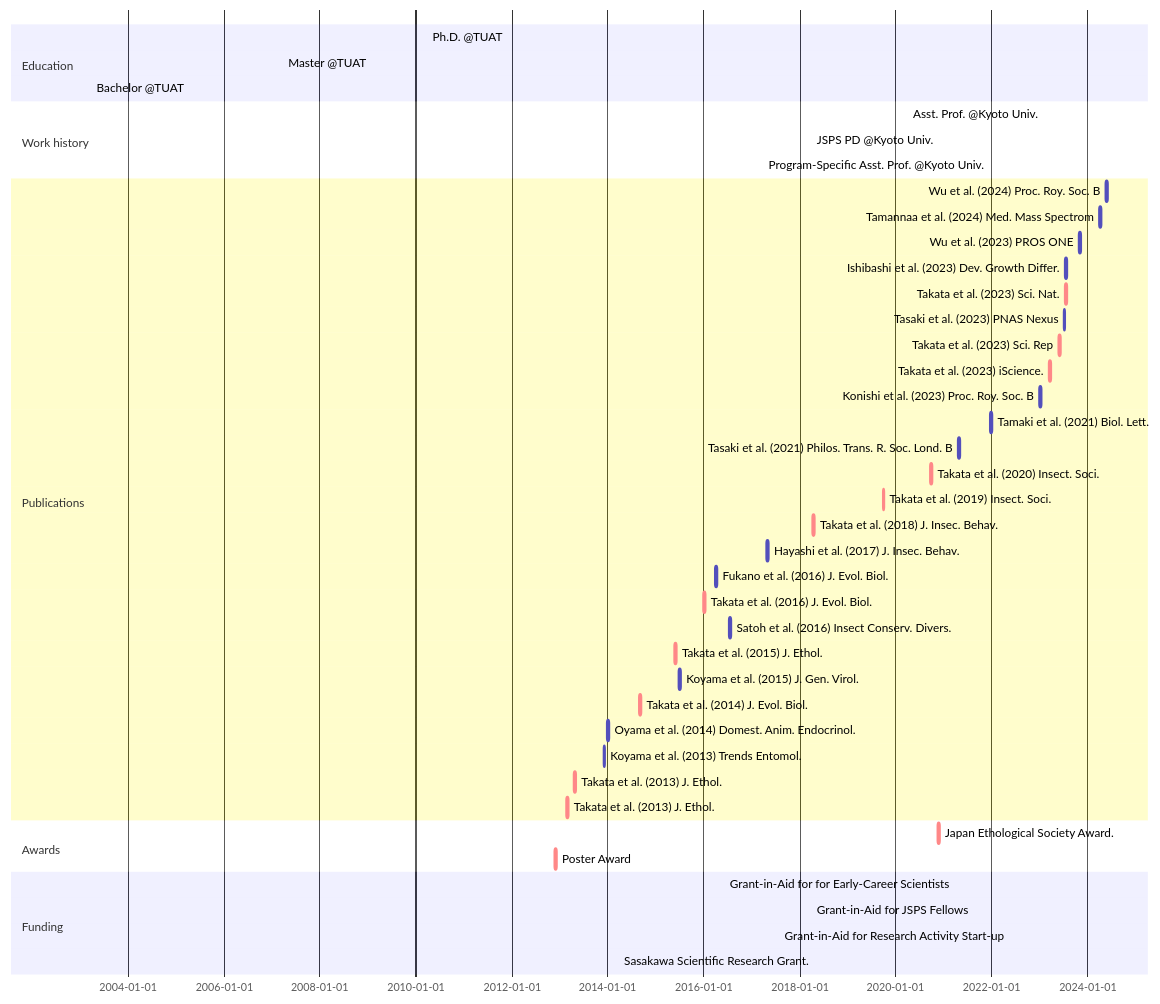
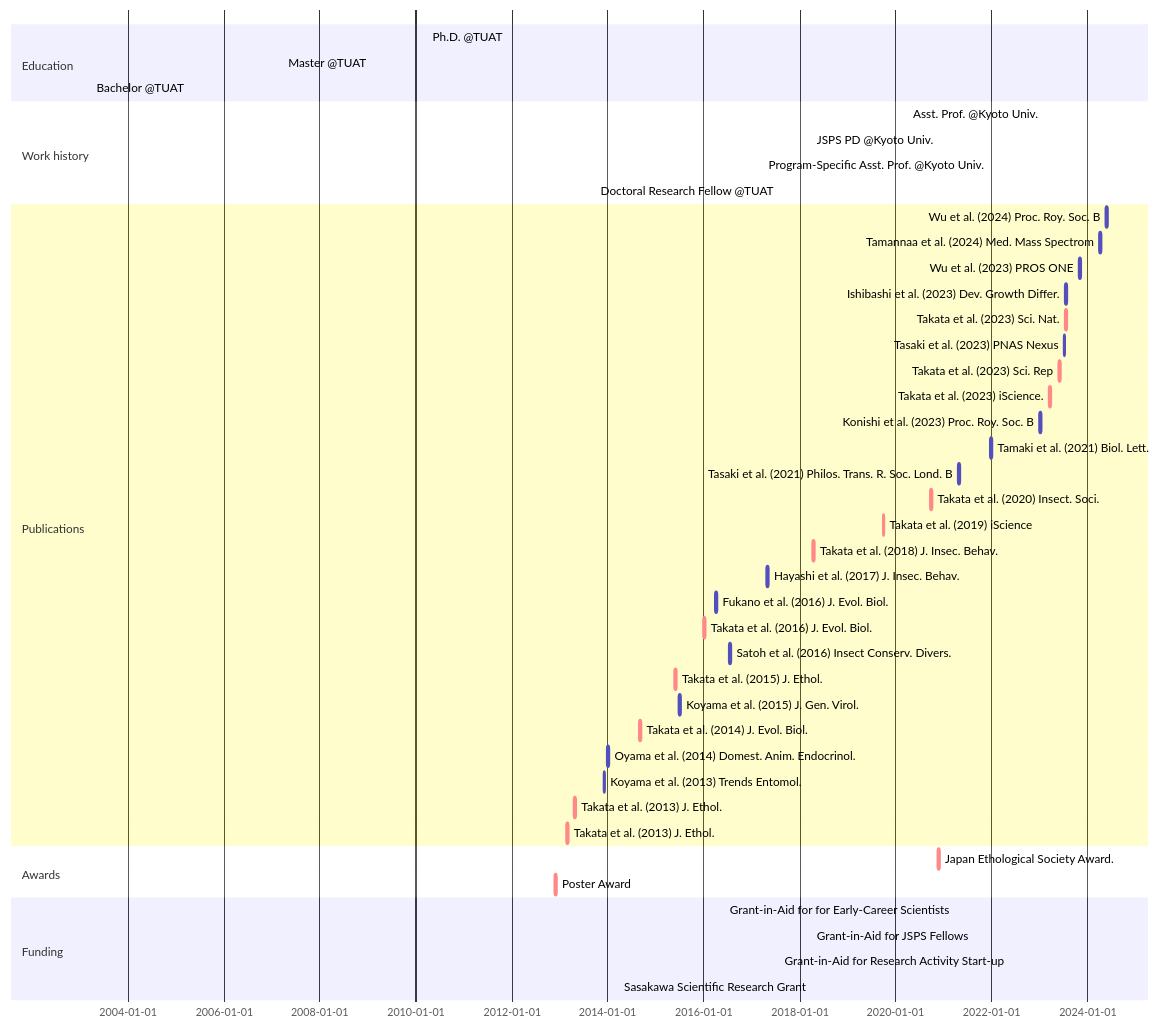
The diagram in _includes/mermaid-cv.md (MamoruTakata/MamoruTakata.github.io), drawn with Mermaid before and after one commit.

````diff
--- a/_includes/mermaid-cv.md
+++ b/_includes/mermaid-cv.md
@@ -1,46 +1,47 @@
 ```mermaid
 gantt
 section Education
   Ph.D. @TUAT    : Ph.D., 2010-04-01, 2013-09-18
   Master @TUAT   : MS, 2007-04-01, 2010-03-31
   Bachelor @TUAT : BS, 2003-04-01, 2007-03-31
 
 section Work history
   Asst. Prof. @Kyoto Univ.                      : done, Asst. Prof., 2020-04-01, 2026-03-31
   JSPS PD @Kyoto Univ.                          : done, PD, 2018-04-01, 2020-03-31
   Program-Specific Asst. Prof. @Kyoto Univ.     : done, Program-Specific Asst. Prof., 2017-04-01, 2018-03-31
+  Doctoral Research Fellow @TUAT                : done, Program-Specific Asst. Prof., 2013-10-01, 2017-03-31
 section Publications
   Wu et al. (2024) Proc. Roy. Soc. B            :       Wu et al. 2024, 2024-05-22, 2w
   Tamannaa et al. (2024) Med. Mass Spectrom     :       Tamannaa et al. 2024, 2024-04-01, 2w
   Wu et al. (2023) PROS ONE                     :       Wu et al. 2023, 2023-11-02, 2w
   Ishibashi et al. (2023) Dev. Growth Differ.   :       Ishibashi et al. 2023, 2023-07-18, 2w
   Takata et al. (2023) Sci. Nat.                : crit, Takata et al. 2023c, 2023-07-17, 2w
   Tasaki et al. (2023) PNAS Nexus               :       Tasaki et al. 2023, 2023-07-04, 2w
   Takata et al. (2023) Sci. Rep                 : crit, Takata et al. 2023b, 2023-05-31, 2w
   Takata et al. (2023) iScience.                : crit, Takata et al. 2023a, 2023-03-17, 2w
   Konishi et al. (2023) Proc. Roy. Soc. B       :       Konishi et al. 2023, 2023-01-04, 2w
   Tamaki et al. (2021) Biol. Lett.              :       Tamaki et al. 2021, 2021-12-22, 2w
   Tasaki et al. (2021) Philos. Trans. R. Soc. Lond. B : Tasaki et al. 2021, 2021-04-26, 2w
   Takata et al. (2020) Insect. Soci.            : crit, Takata et al. 2020, 2020-09-22, 2w
-  Takata et al. (2019) Insect. Soci.            : crit, Takata et al. 2019, 2019-09-27, 2w
+  Takata et al. (2019) iScience                 : crit, Takata et al. 2019, 2019-09-27, 2w
   Takata et al. (2018) J. Insec. Behav.         : crit, Takata et al. 2018, 2018-04-14, 2w
   Hayashi et al. (2017) J. Insec. Behav.        :       Hayashi et al. 2017, 2017-04-29, 2w
   Fukano et al. (2016) J. Evol. Biol.           :       Fukano et al. 2016, 2016-04-01, 2w
   Takata et al. (2016) J. Evol. Biol.           : crit, Takata et al. 2016, 2016-01-01, 2w
   Satoh et al. (2016) Insect Conserv. Divers.   :       Satoh et al. 2016, 2016-07-16, 2w
   Takata et al. (2015) J. Ethol.                : crit, Takata et al. 2015, 2015-05-28, 2w
   Koyama et al. (2015) J. Gen. Virol.           :       Koyama et al. 2015, 2015-07-01, 2w
   Takata et al. (2014) J. Evol. Biol.           : crit, Takata et al. 2014, 2014-09-01, 2w
   Oyama et al. (2014) Domest. Anim. Endocrinol. :       Oyama et al. 2014, 2014-01-01, 2w
   Koyama et al. (2013) Trends Entomol.          :       Koyama et al. 2013, 2013-12-01, 2w
   Takata et al. (2013) J. Ethol.                : crit, Takata et al. 2015b, 2013-04-21, 2w
   Takata et al. (2013) J. Ethol.                : crit, Takata et al. 2015a, 2013-02-23, 2w
 section Awards
   Japan Ethological Society Award.              : crit, aw_2, 2020-11-21, 2w
   Poster Award                                  : crit, aw_1, 2012-11-24, 2w
 section Funding
   Grant-in-Aid for for Early-Career Scientists  : active, grant_young, 2021-04-01, 2026-03-31
   Grant-in-Aid for JSPS Fellows                 : active, grant_PD, 2018-04-01, 2021-03-31
   Grant-in-Aid for Research Activity Start-up   : active, grant_start, 2017-08-01, 2018-03-31
-  Sasakawa Scientific Research Grant.           : active, grant_Sasagawa, 2014-04-01, 2015-03-31
+  Sasakawa Scientific Research Grant            : active, grant_Sasagawa, 2014-04-01, 2015-03-31
 ```
````
